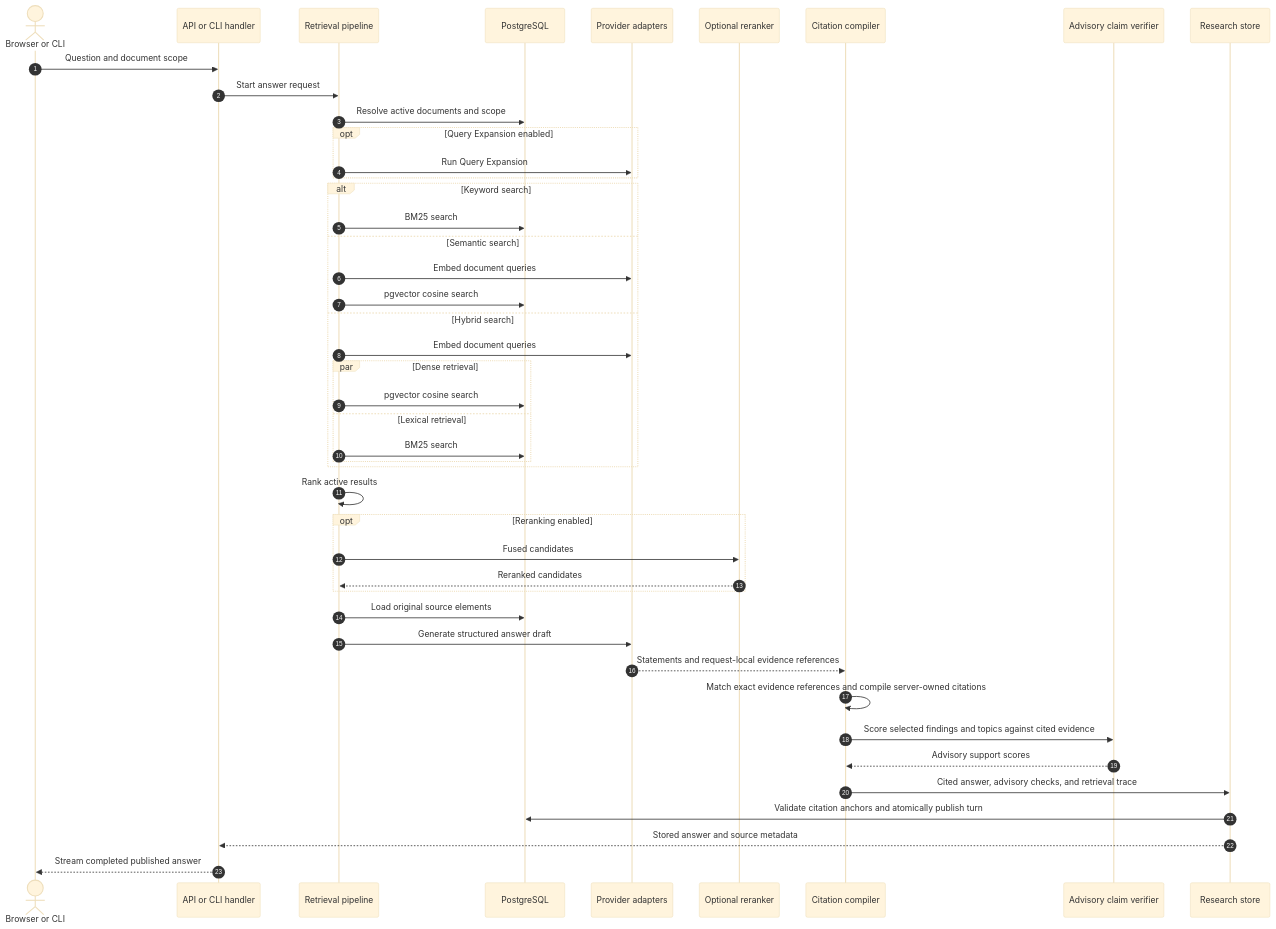
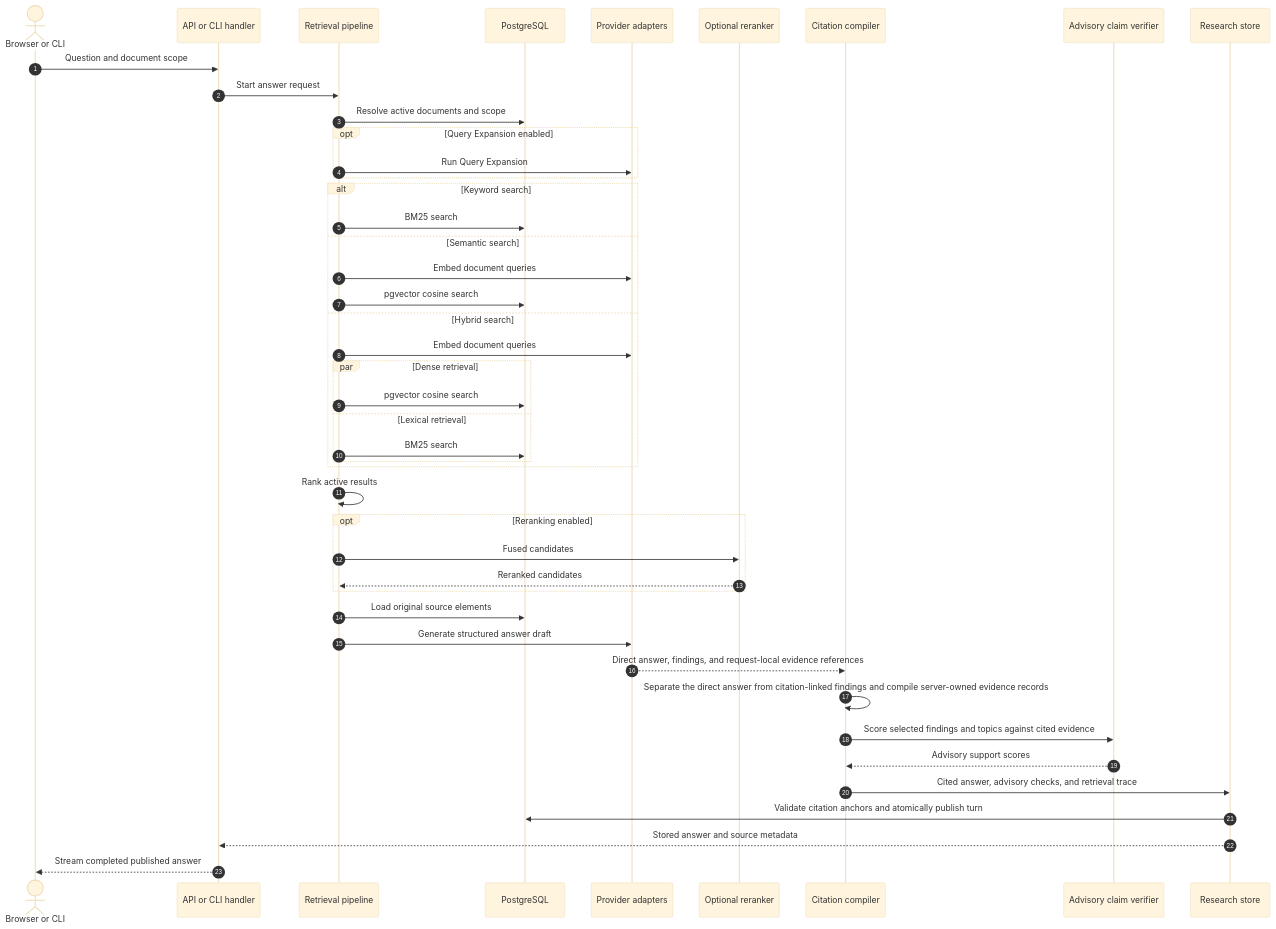
The fourth of 4 diagrams in docs/architecture.md (sageil/citeloom), drawn with Mermaid (base theme) before and after one commit. The commit also changed other lines of this file and 20 other files, not shown here.

Commit message:
fix(answers): separate citations from direct content

````diff
--- a/docs/architecture.md
+++ b/docs/architecture.md
@@ -205,48 +205,48 @@
 ```mermaid
 sequenceDiagram
     autonumber
     actor Client as Browser or CLI
     participant Entry as API or CLI handler
     participant Query as Retrieval pipeline
     participant DB as PostgreSQL
     participant AI as Provider adapters
     participant Ranker as Optional reranker
     participant Validate as Citation compiler
     participant HHEM as Advisory claim verifier
     participant Research as Research store
 
     Client->>Entry: Question and document scope
     Entry->>Query: Start answer request
     Query->>DB: Resolve active documents and scope
     opt Query Expansion enabled
         Query->>AI: Run Query Expansion
     end
     alt Keyword search
         Query->>DB: BM25 search
     else Semantic search
         Query->>AI: Embed document queries
         Query->>DB: pgvector cosine search
     else Hybrid search
         Query->>AI: Embed document queries
         par Dense retrieval
             Query->>DB: pgvector cosine search
         and Lexical retrieval
             Query->>DB: BM25 search
         end
     end
     Query->>Query: Rank active results
     opt Reranking enabled
         Query->>Ranker: Fused candidates
         Ranker-->>Query: Reranked candidates
     end
     Query->>DB: Load original source elements
     Query->>AI: Generate structured answer draft
-    AI-->>Validate: Statements and request-local evidence references
-    Validate->>Validate: Match exact evidence references and compile server-owned citations
+    AI-->>Validate: Direct answer, findings, and request-local evidence references
+    Validate->>Validate: Separate the direct answer from citation-linked findings and compile server-owned evidence records
     Validate->>HHEM: Score selected findings and topics against cited evidence
     HHEM-->>Validate: Advisory support scores
     Validate->>Research: Cited answer, advisory checks, and retrieval trace
     Research->>DB: Validate citation anchors and atomically publish turn
     Research-->>Entry: Stored answer and source metadata
     Entry-->>Client: Stream completed published answer
 ```
````
